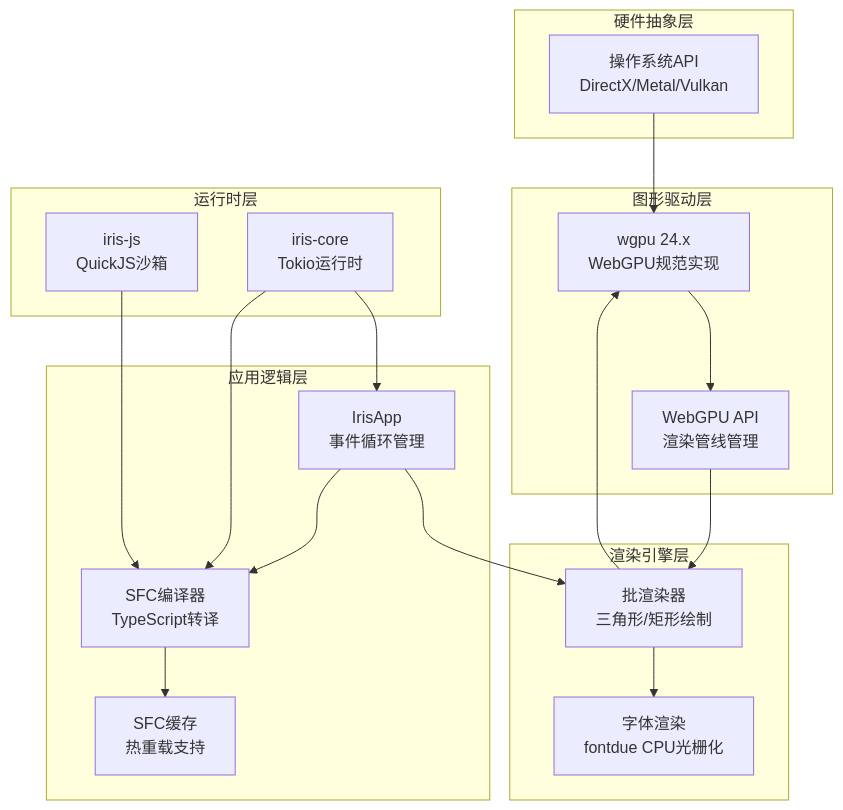
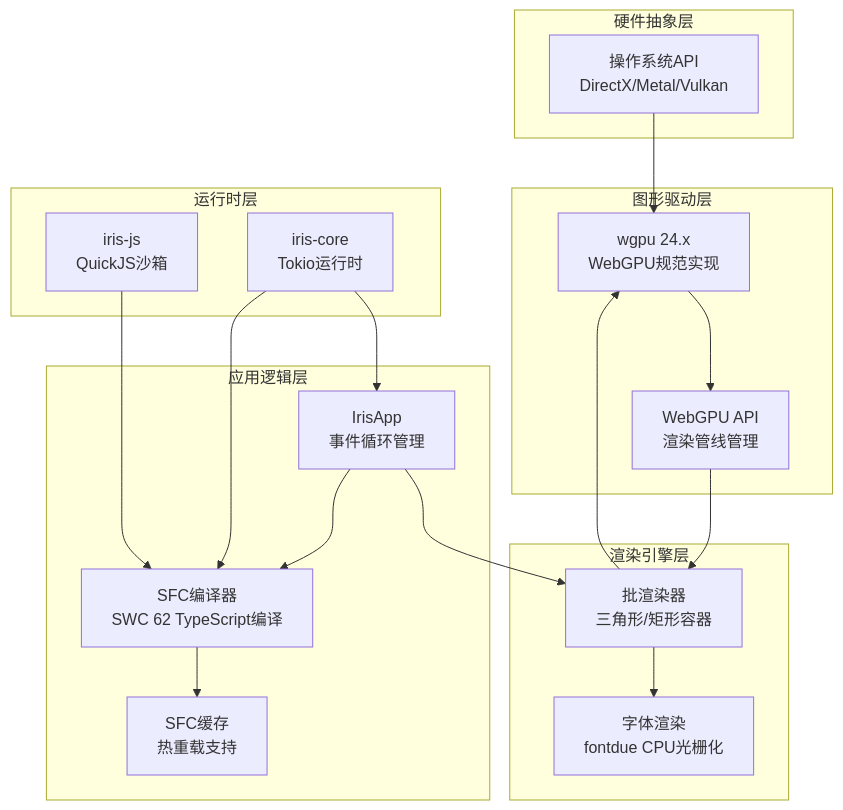
Before and after one commit to itszzl-sudo/iris: the fourth of 9 diagrams in .qoder/repowiki/zh/content/技术架构详解/即时转译系统/SWC 集成问题报告.md, drawn with Mermaid. The commit also changed other lines of this file and 5 other files, not shown here.

````diff
--- a/.qoder/repowiki/zh/content/技术架构详解/即时转译系统/SWC 集成问题报告.md
+++ b/.qoder/repowiki/zh/content/技术架构详解/即时转译系统/SWC 集成问题报告.md
@@ -166,34 +187,34 @@
 ```mermaid
 graph TB
 subgraph "硬件抽象层"
 HW[操作系统API<br/>DirectX/Metal/Vulkan]
 end
 subgraph "图形驱动层"
 WGPU[wgpu 24.x<br/>WebGPU规范实现]
 GPU_API[WebGPU API<br/>渲染管线管理]
 end
 subgraph "渲染引擎层"
-BATCH[批渲染器<br/>三角形/矩形绘制]
+BATCH[批渲染器<br/>三角形/矩形容器]
 FONT[字体渲染<br/>fontdue CPU光栅化]
 end
 subgraph "应用逻辑层"
 APP[IrisApp<br/>事件循环管理]
-SFC[SFC编译器<br/>TypeScript转译]
+SFC[SFC编译器<br/>SWC 62 TypeScript编译]
 CACHE[SFC缓存<br/>热重载支持]
 end
 subgraph "运行时层"
 CORE[iris-core<br/>Tokio运行时]
 JS[iris-js<br/>QuickJS沙箱]
 end
 HW --> WGPU
 WGPU --> GPU_API
 GPU_API --> BATCH
 BATCH --> FONT
 APP --> SFC
 SFC --> CACHE
 APP --> BATCH
 BATCH --> WGPU
 CORE --> APP
 CORE --> SFC
 JS --> SFC
 ```
````
